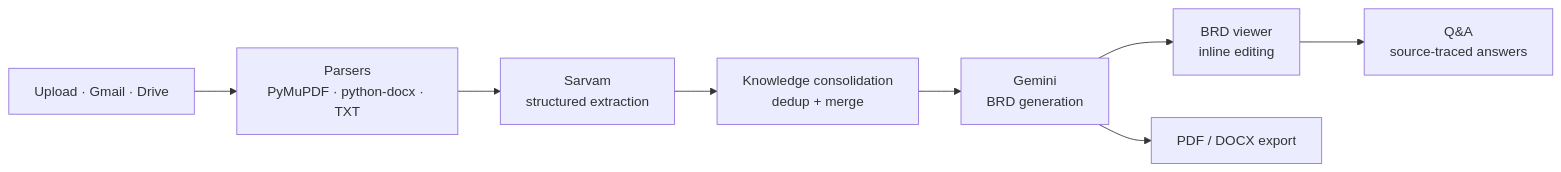
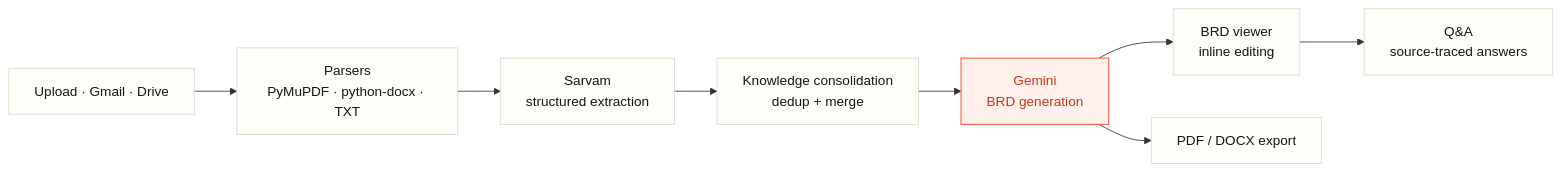
Before and after one commit to Monish-K-S/brd-agent: the diagram in README.md, drawn with Mermaid. The commit also changed other lines of this file and 1 other file, not shown here.

Commit message:
Replace the Mermaid architecture diagram with a designed SVG, and style the pipeline diagram to match.

````diff
--- a/README.md
+++ b/README.md
@@ -81,10 +81,15 @@
 ```mermaid
 flowchart LR
   A["Upload · Gmail · Drive"] --> B["Parsers<br/>PyMuPDF · python-docx · TXT"]
   B --> C["Sarvam<br/>structured extraction"]
   C --> D["Knowledge consolidation<br/>dedup + merge"]
   D --> E["Gemini<br/>BRD generation"]
   E --> F["BRD viewer<br/>inline editing"]
   E --> G["PDF / DOCX export"]
   F --> H["Q&A<br/>source-traced answers"]
+
+  classDef stage fill:#FFFDF8,stroke:#DDD8CD,color:#151515,stroke-width:1px
+  classDef accent fill:#FFF0EB,stroke:#FF5C3B,color:#C43A17,stroke-width:1.25px
+  class A,B,C,D,F,G,H stage
+  class E accent
 ```
````
